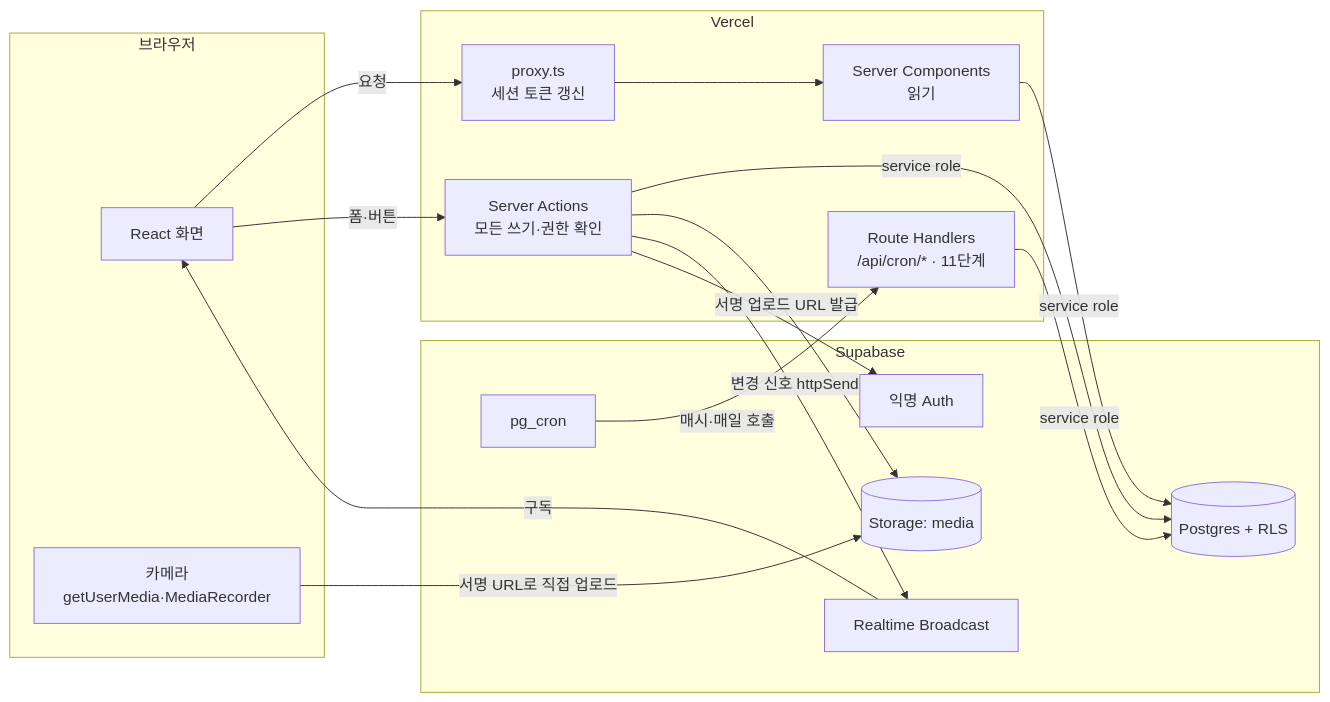
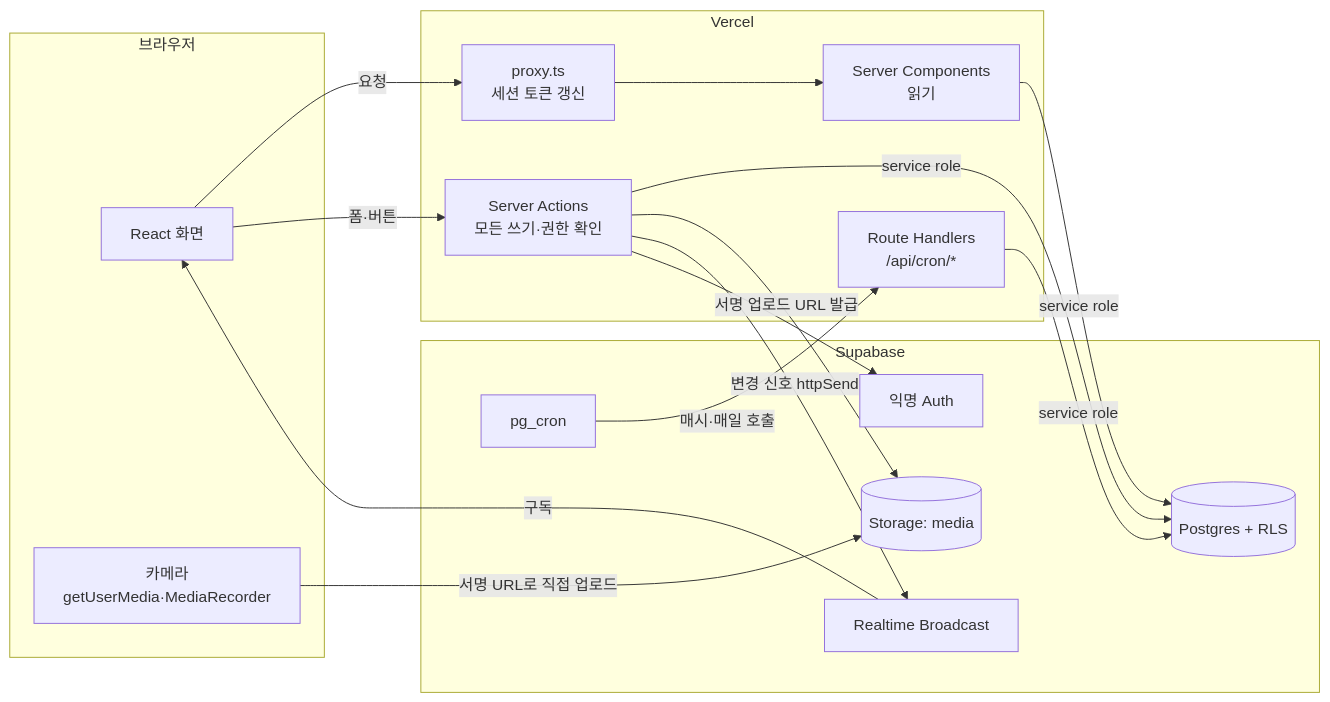
One commit to juhee2341/daily-log changed the first of 3 diagrams in README.md. Above: the diagram before and after it, drawn with Mermaid. The commit also changed other lines of this file and 3 other files, not shown here.

````diff
--- a/README.md
+++ b/README.md
@@ -107,28 +107,28 @@
 ```mermaid
 flowchart LR
   subgraph 브라우저
     UI[React 화면]
     CAM[카메라<br/>getUserMedia·MediaRecorder]
   end
   subgraph Vercel
     PX[proxy.ts<br/>세션 토큰 갱신]
     RSC[Server Components<br/>읽기]
     SA[Server Actions<br/>모든 쓰기·권한 확인]
-    RH[Route Handlers<br/>/api/cron/* · 11단계]
+    RH[Route Handlers<br/>/api/cron/*]
   end
   subgraph Supabase
     AUTH[익명 Auth]
     DB[(Postgres + RLS)]
     ST[(Storage: media)]
     RT[Realtime Broadcast]
     CRON[pg_cron]
   end
 
   UI -->|요청| PX --> RSC -->|service role| DB
   UI -->|폼·버튼| SA -->|service role| DB
   SA -->|서명 업로드 URL 발급| ST
   CAM -->|서명 URL로 직접 업로드| ST
   SA -->|변경 신호 httpSend| RT -->|구독| UI
   CRON -->|매시·매일 호출| RH -->|service role| DB
   SA --> AUTH
 ```
````
